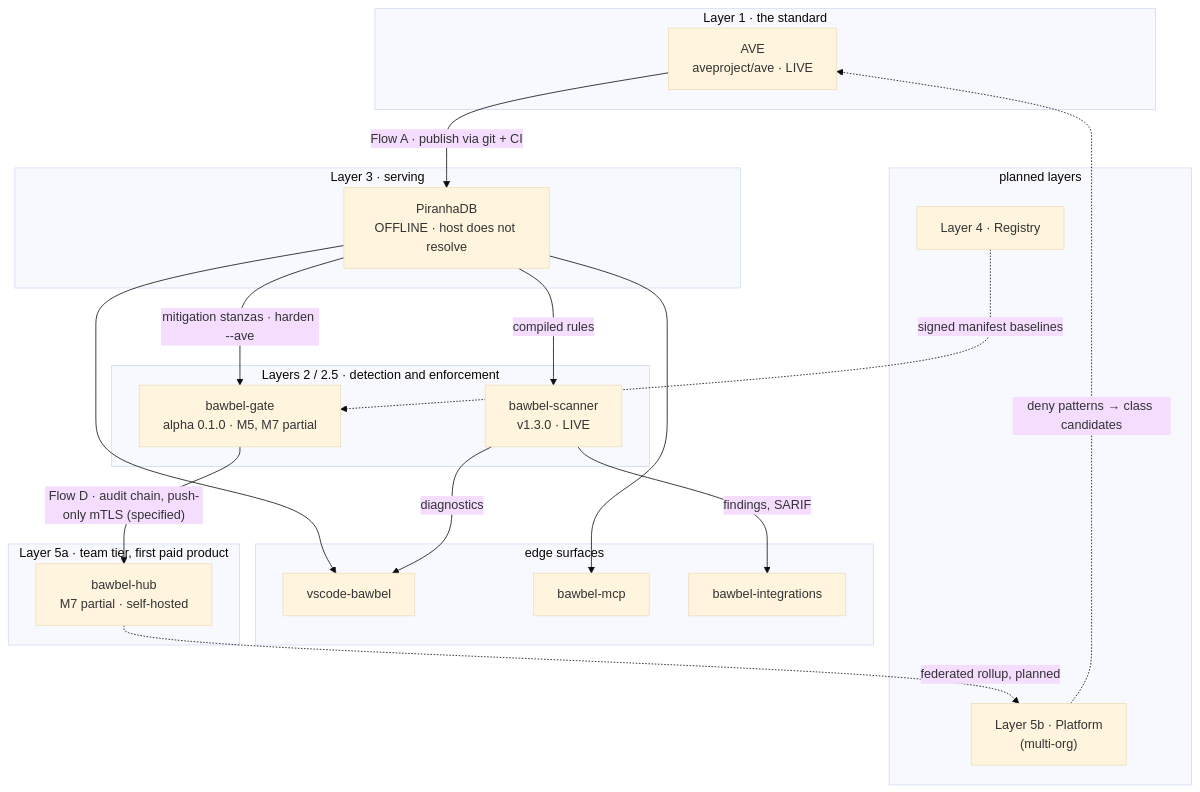
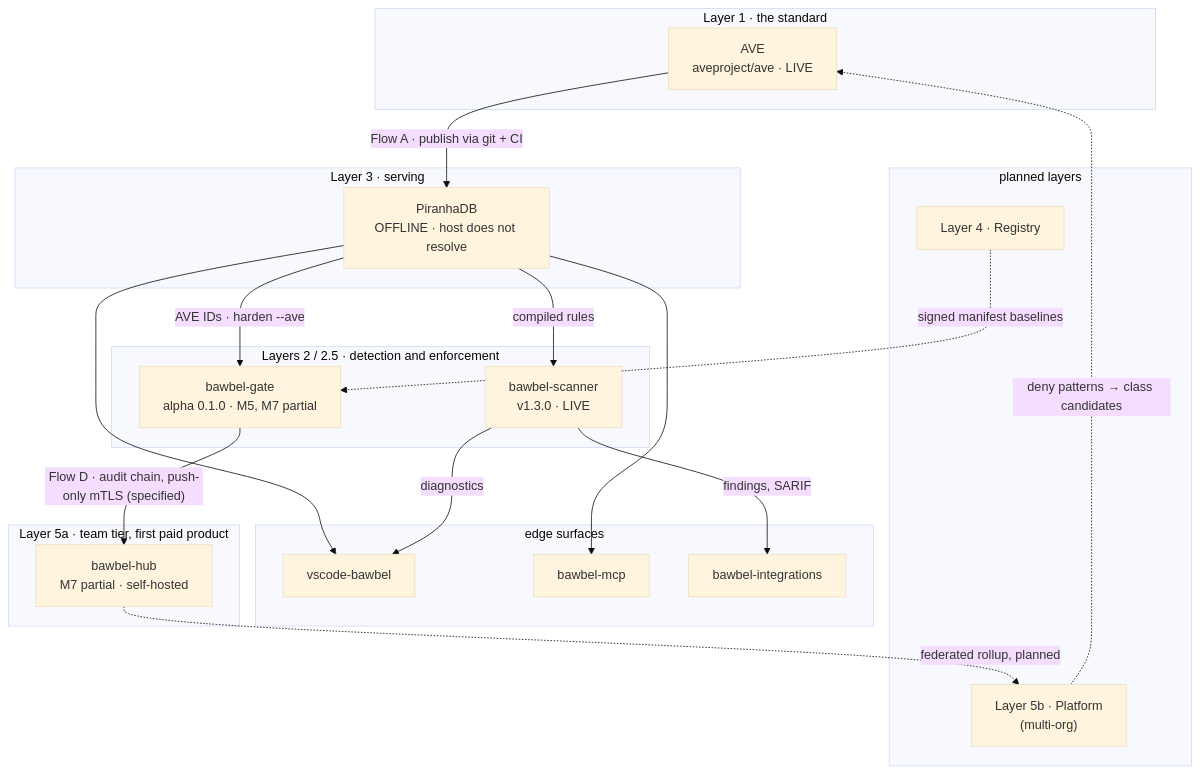
One commit to bawbel/gate changed the first of 4 diagrams in ARCHITECTURE.md. Above: the diagram before and after it, drawn with Mermaid (base theme). The commit also changed other lines of this file, not shown here.

First line of the commit message:
docs: say the gate's map, not AVE or PiranhaDB, supplies the mitigation stanza- #171⁠ (#172)

````diff
--- a/ARCHITECTURE.md
+++ b/ARCHITECTURE.md
@@ -60,37 +60,37 @@
 ```mermaid
 flowchart TB
     subgraph L1["Layer 1 · the standard"]
         AVE["AVE<br/>aveproject/ave · LIVE"]
     end
     subgraph L3["Layer 3 · serving"]
         PDB["PiranhaDB<br/>OFFLINE · host does not resolve"]
     end
     subgraph L2["Layers 2 / 2.5 · detection and enforcement"]
         SCN["bawbel-scanner<br/>v1.3.0 · LIVE"]
         GATE["bawbel-gate<br/>alpha 0.1.0 · M5, M7 partial"]
     end
     subgraph EDGE["edge surfaces"]
         IDE["vscode-bawbel"]
         BMCP["bawbel-mcp"]
         CI["bawbel-integrations"]
     end
     subgraph L5A["Layer 5a · team tier, first paid product"]
         HUB["bawbel-hub<br/>M7 partial · self-hosted"]
     end
     subgraph PLAN["planned layers"]
         REG["Layer 4 · Registry"]
         PLAT["Layer 5b · Platform<br/>(multi-org)"]
     end
 
     AVE -->|"Flow A · publish via git + CI"| PDB
     PDB -->|"compiled rules"| SCN
-    PDB -->|"mitigation stanzas · harden --ave"| GATE
+    PDB -->|"AVE IDs · harden --ave"| GATE
     PDB --> IDE
     PDB --> BMCP
     SCN -->|"findings, SARIF"| CI
     SCN -->|"diagnostics"| IDE
     GATE -->|"Flow D · audit chain, push-only mTLS (specified)"| HUB
     HUB -.->|"federated rollup, planned"| PLAT
     REG -.->|"signed manifest baselines"| GATE
     PLAT -.->|"deny patterns → class candidates"| AVE
 ```
````
